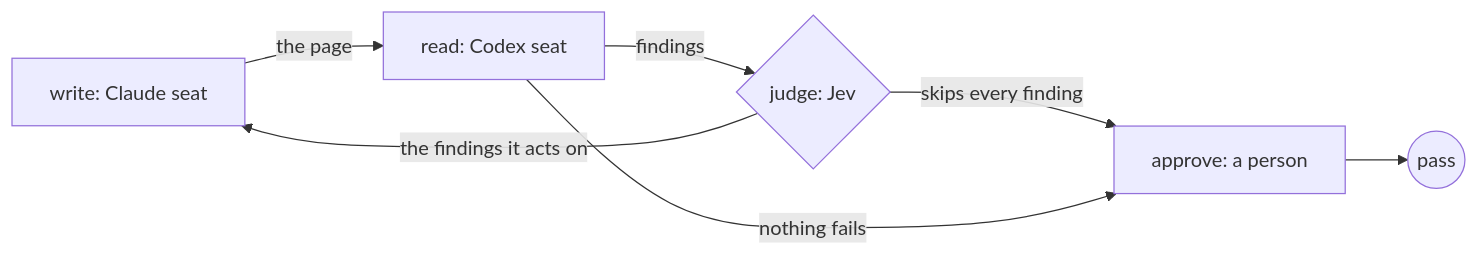
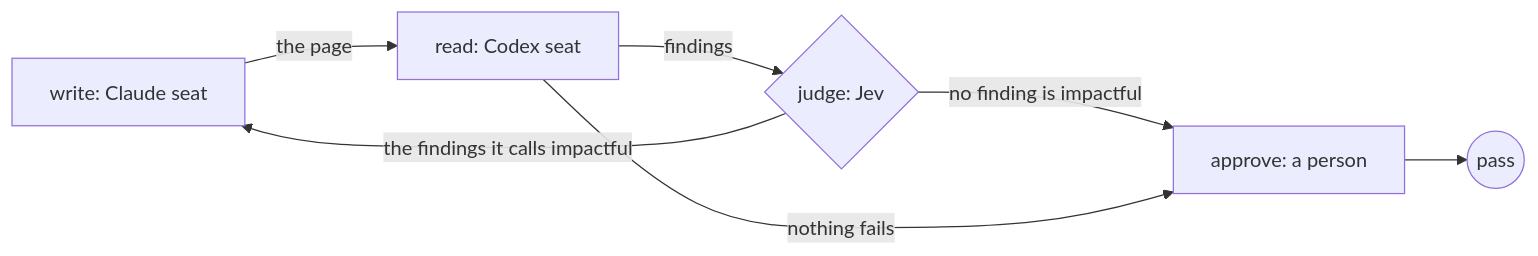
One commit to jonny981/obversa changed the diagram in docs/public/patterns/judge-stops-the-loop.mdx. Above: the diagram before and after it, drawn with Mermaid. The commit also changed other lines of this file and 47 other files, not shown here.

First line of the commit message:
feat(runtime): send back only impactful findings after round 1, and never end a run short

````diff
--- a/docs/public/patterns/judge-stops-the-loop.mdx
+++ b/docs/public/patterns/judge-stops-the-loop.mdx
@@ -24,9 +25,9 @@
 ```mermaid
 flowchart LR
   write["write: Claude seat"] -->|the page| read["read: Codex seat"]
   read -->|findings| judge{"judge: Jev"}
-  judge -->|the findings it acts on| write
-  judge -->|skips every finding| approve["approve: a person"]
+  judge -->|the findings it calls impactful| write
+  judge -->|no finding is impactful| approve["approve: a person"]
   read -->|nothing fails| approve
   approve --> done((pass))
 ```
````
